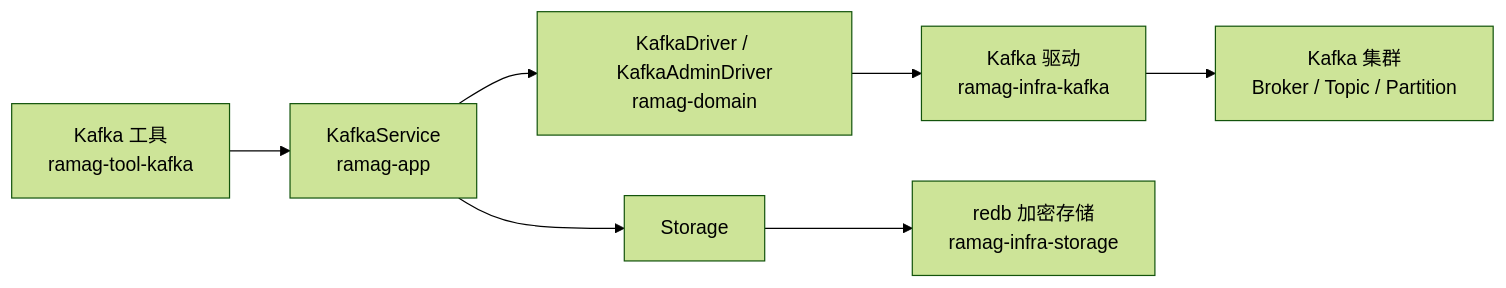
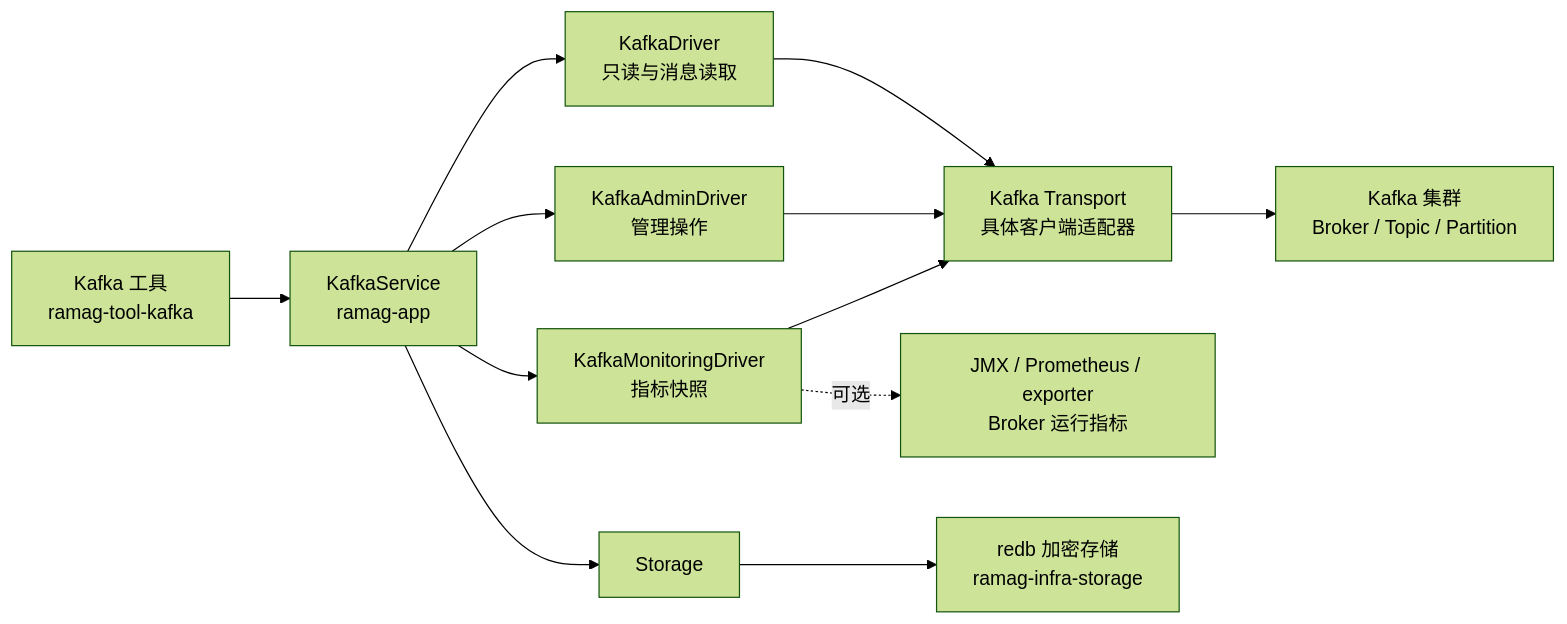
Before and after one commit to bruceblink/ramag-platform: the diagram in docs/kafka-tool-roadmap.md, drawn with Mermaid (forest theme). The commit also changed other lines of this file and 1 other file, not shown here.

Commit message:
docs: align platform and kafka development plans

````diff
--- a/docs/kafka-tool-roadmap.md
+++ b/docs/kafka-tool-roadmap.md
@@ -106,9 +120,14 @@
 ```mermaid
 flowchart LR
     UI["Kafka 工具<br/>ramag-tool-kafka"] --> APP["KafkaService<br/>ramag-app"]
-    APP --> DOMAIN["KafkaDriver / KafkaAdminDriver<br/>ramag-domain"]
-    DOMAIN --> INFRA["Kafka 驱动<br/>ramag-infra-kafka"]
-    INFRA --> CLUSTER["Kafka 集群<br/>Broker / Topic / Partition"]
+    APP --> READ["KafkaDriver<br/>只读与消息读取"]
+    APP --> ADMIN["KafkaAdminDriver<br/>管理操作"]
+    APP --> MONITOR["KafkaMonitoringDriver<br/>指标快照"]
+    READ --> TRANSPORT["Kafka Transport<br/>具体客户端适配器"]
+    ADMIN --> TRANSPORT
+    MONITOR --> TRANSPORT
+    TRANSPORT --> CLUSTER["Kafka 集群<br/>Broker / Topic / Partition"]
+    MONITOR -. 可选 .-> OBS["JMX / Prometheus / exporter<br/>Broker 运行指标"]
     APP --> STORAGE["Storage"]
     STORAGE --> REDB["redb 加密存储<br/>ramag-infra-storage"]
 ```
````
